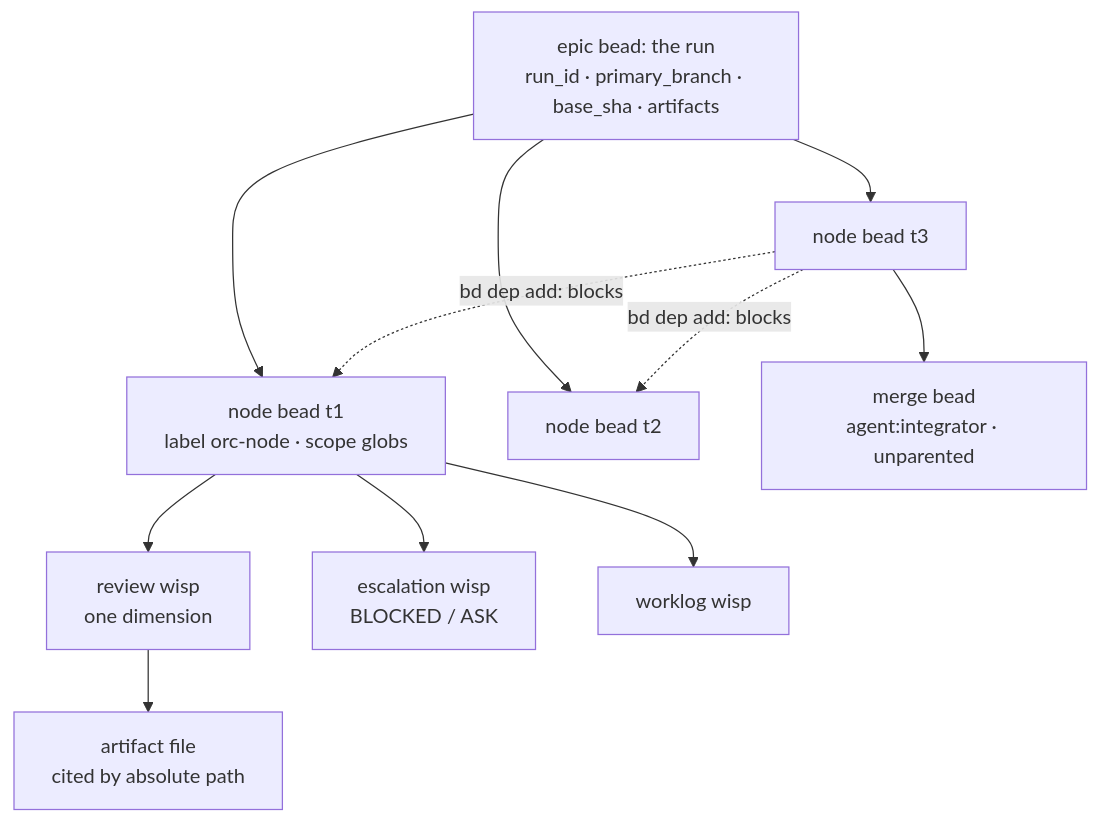
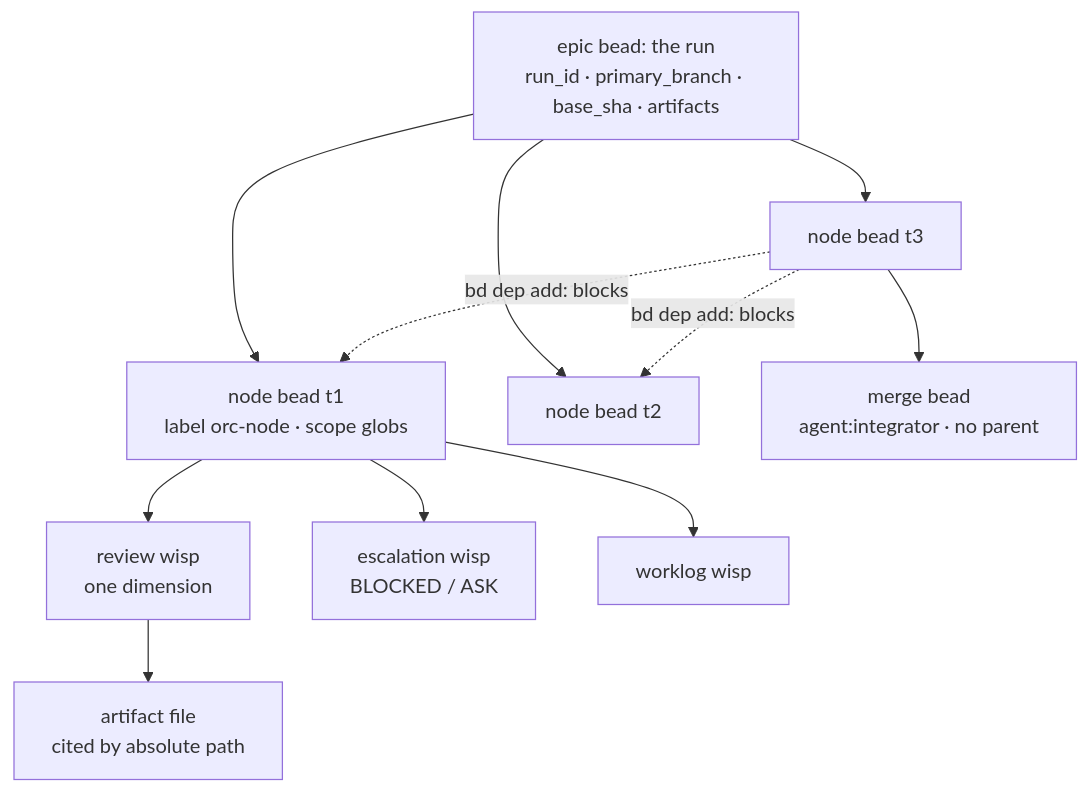
One commit to srobroek/agentic-packages changed the first of 6 diagrams in docs/orchestrate.md. Above: the diagram before and after it, drawn with Mermaid.

Commit message:
docs(orchestrate): use 'no parent' for the merge-bead node label [skip tests]

````diff
--- a/docs/orchestrate.md
+++ b/docs/orchestrate.md
@@ -34,14 +34,14 @@
 ```mermaid
 graph TD
     E["epic bead: the run<br/>run_id · primary_branch · base_sha · artifacts"]
     E --> N1["node bead t1<br/>label orc-node · scope globs"]
     E --> N2["node bead t2"]
     E --> N3["node bead t3"]
     N3 -.->|"bd dep add: blocks"| N1
     N3 -.->|"bd dep add: blocks"| N2
     N1 --> RW["review wisp<br/>one dimension"]
     N1 --> EW["escalation wisp<br/>BLOCKED / ASK"]
     N1 --> WL["worklog wisp"]
-    N3 --> MB["merge bead<br/>agent:integrator · unparented"]
+    N3 --> MB["merge bead<br/>agent:integrator · no parent"]
     RW --> AR["artifact file<br/>cited by absolute path"]
 ```
````
